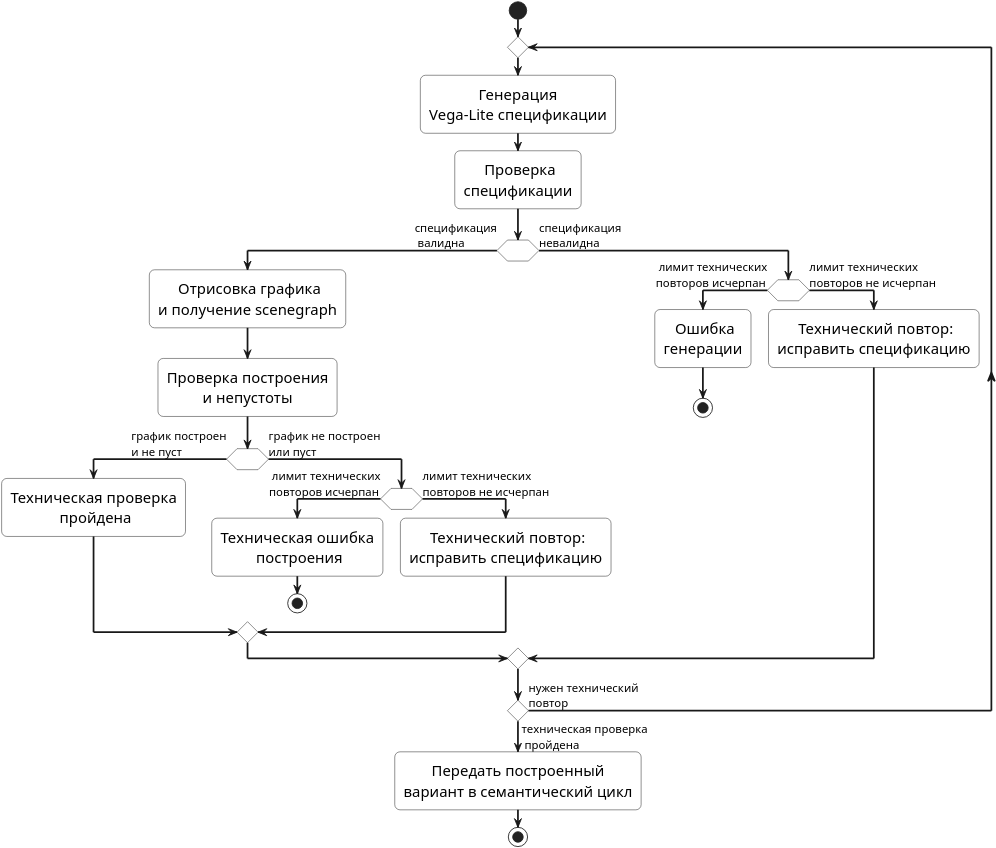
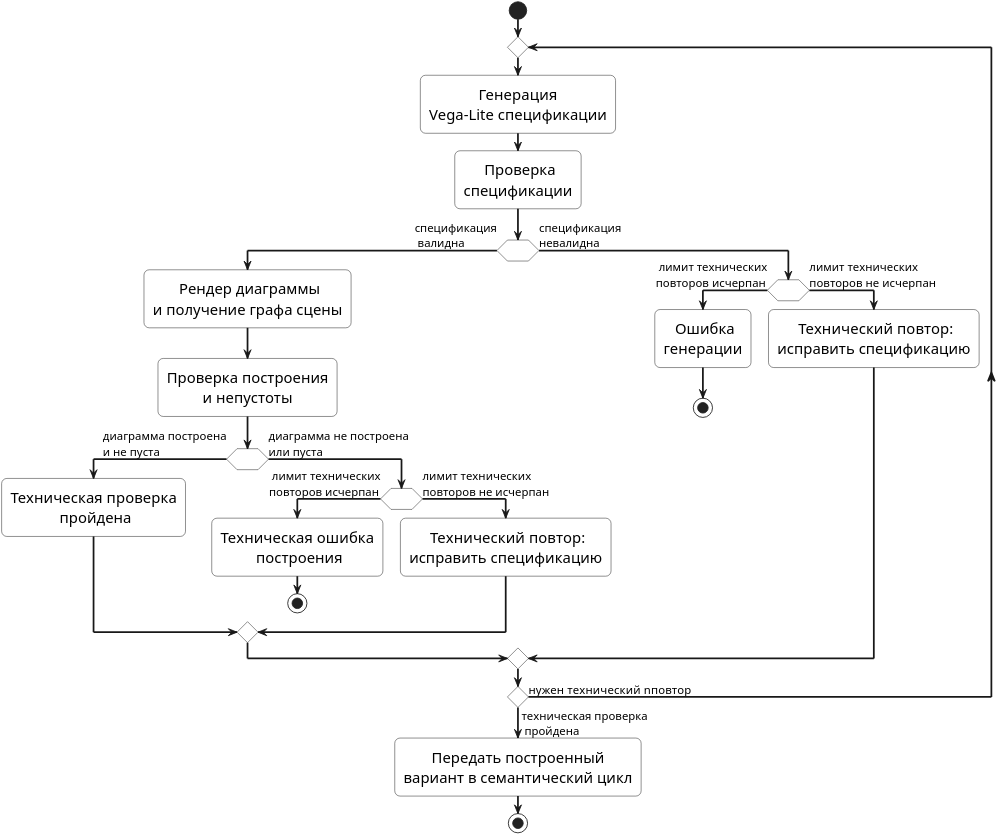
The diagram in research/architecture/tex/cycles/technical_cycle.puml (shnikita-cr/ViRAGE), drawn with PlantUML before and after one commit. The commit also changed 15 other files, not shown here.

Commit message:
update uml

```diff
--- a/research/architecture/tex/cycles/technical_cycle.puml
+++ b/research/architecture/tex/cycles/technical_cycle.puml
@@ -1,79 +1,79 @@
 @startuml
 skinparam shadowing false
 skinparam monochrome true
 skinparam roundcorner 12
 skinparam defaultFontName "Times New Roman"
 skinparam defaultFontSize 17
 skinparam ArrowFontSize 13
 skinparam ArrowThickness 2
 skinparam linetype ortho
 skinparam dpi 600
 
 skinparam activity {
 BorderColor black
 BackgroundColor white
 }
 
 <style>
 activityDiagram {
 activity {
 HorizontalAlignment center
 }
 
 diamond {
 HorizontalAlignment center
 }
 }
 </style>
 
 
 skinparam diamond {
 BorderColor black
 BackgroundColor white
 }
 
 start
 
 repeat
 
 :Генерация\nVega-Lite спецификации;
 : Проверка\nспецификации;
 
 if ( ) then (спецификация\n валидна)
 
-: Отрисовка графика\nи получение scenegraph;
+: Рендер диаграммы\nи получение графа сцены;
 :Проверка построения\nи непустоты;
 
-if ( ) then (график построен\nи не пуст)
+if ( ) then (диаграмма построена\nи не пуста)
 
 :Техническая проверка\n пройдена;
 
-else (график не построен\nили пуст)
+else (диаграмма не построена\nили пуста)
 
 if ( ) then ( лимит технических\nповторов исчерпан)
 :Техническая ошибка\n построения;
 stop
 else (лимит технических\nповторов не исчерпан)
 : Технический повтор:\nисправить спецификацию;
 endif
 
 endif
 
 else (спецификация\nневалидна)
 
 if ( ) then ( лимит технических\nповторов исчерпан)
 : Ошибка\nгенерации;
 stop
 else (лимит технических\nповторов не исчерпан)
 : Технический повтор:\nисправить спецификацию;
 endif
 
 endif
 
-repeat while ( ) is (нужен технический\nповтор) not (техническая проверка\n пройдена)
+repeat while ( ) is (нужен технический  nповтор) not (техническая проверка\n пройдена)
 
 :Передать построенный\nвариант в семантический цикл;
 
 stop
 
 @enduml
```
